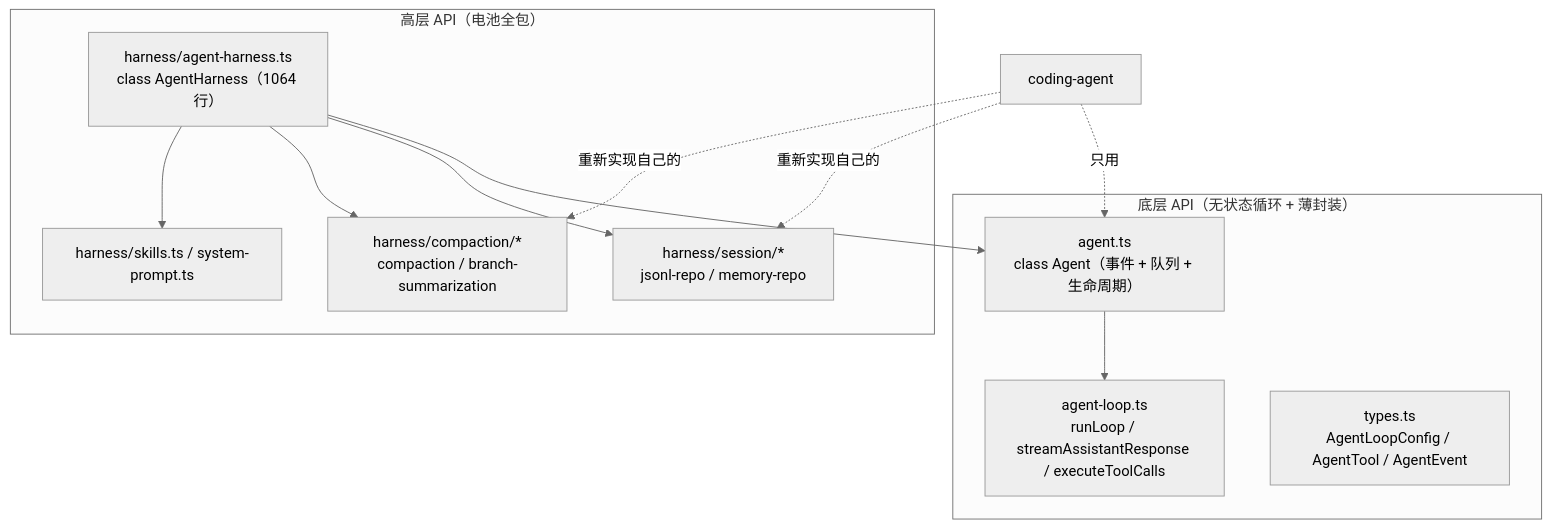
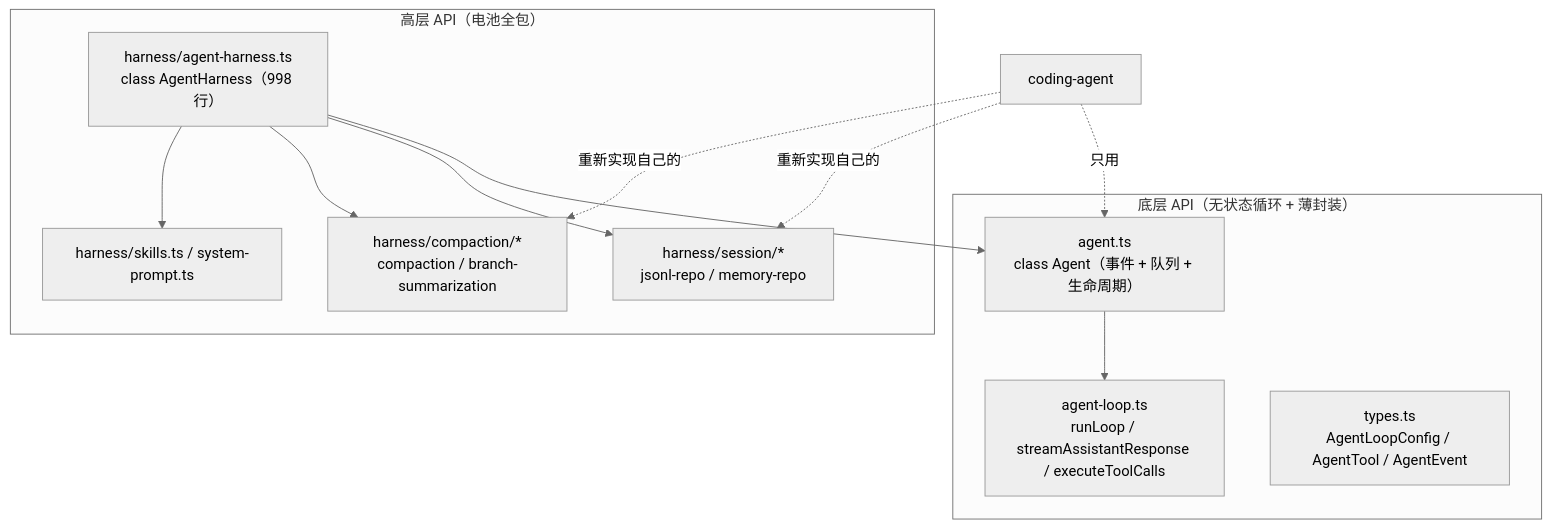
The first of 4 diagrams in docs/deep-dive/03-agent-core.md (ljie-PI/pi), drawn with Mermaid before and after one commit. The commit also changed other lines of this file and 13 other files, not shown here.

````diff
--- a/docs/deep-dive/03-agent-core.md
+++ b/docs/deep-dive/03-agent-core.md
@@ -13,24 +13,24 @@
 ```mermaid
 %%{init: {'theme': 'neutral'}}%%
 graph TB
     subgraph low["底层 API（无状态循环 + 薄封装）"]
         loop["agent-loop.ts<br/>runLoop / streamAssistantResponse / executeToolCalls"]
         agent["agent.ts<br/>class Agent（事件 + 队列 + 生命周期）"]
         types["types.ts<br/>AgentLoopConfig / AgentTool / AgentEvent"]
     end
     subgraph high["高层 API（电池全包）"]
-        harness["harness/agent-harness.ts<br/>class AgentHarness（1064 行）"]
+        harness["harness/agent-harness.ts<br/>class AgentHarness（998 行）"]
         sess["harness/session/*<br/>jsonl-repo / memory-repo"]
         comp["harness/compaction/*<br/>compaction / branch-summarization"]
         skills["harness/skills.ts / system-prompt.ts"]
     end
     agent --> loop
     harness --> agent
     harness --> sess
     harness --> comp
     harness --> skills
 
     ca["coding-agent"] -.只用.-> agent
     ca -.重新实现自己的.-> sess
     ca -.重新实现自己的.-> comp
 ```
````
